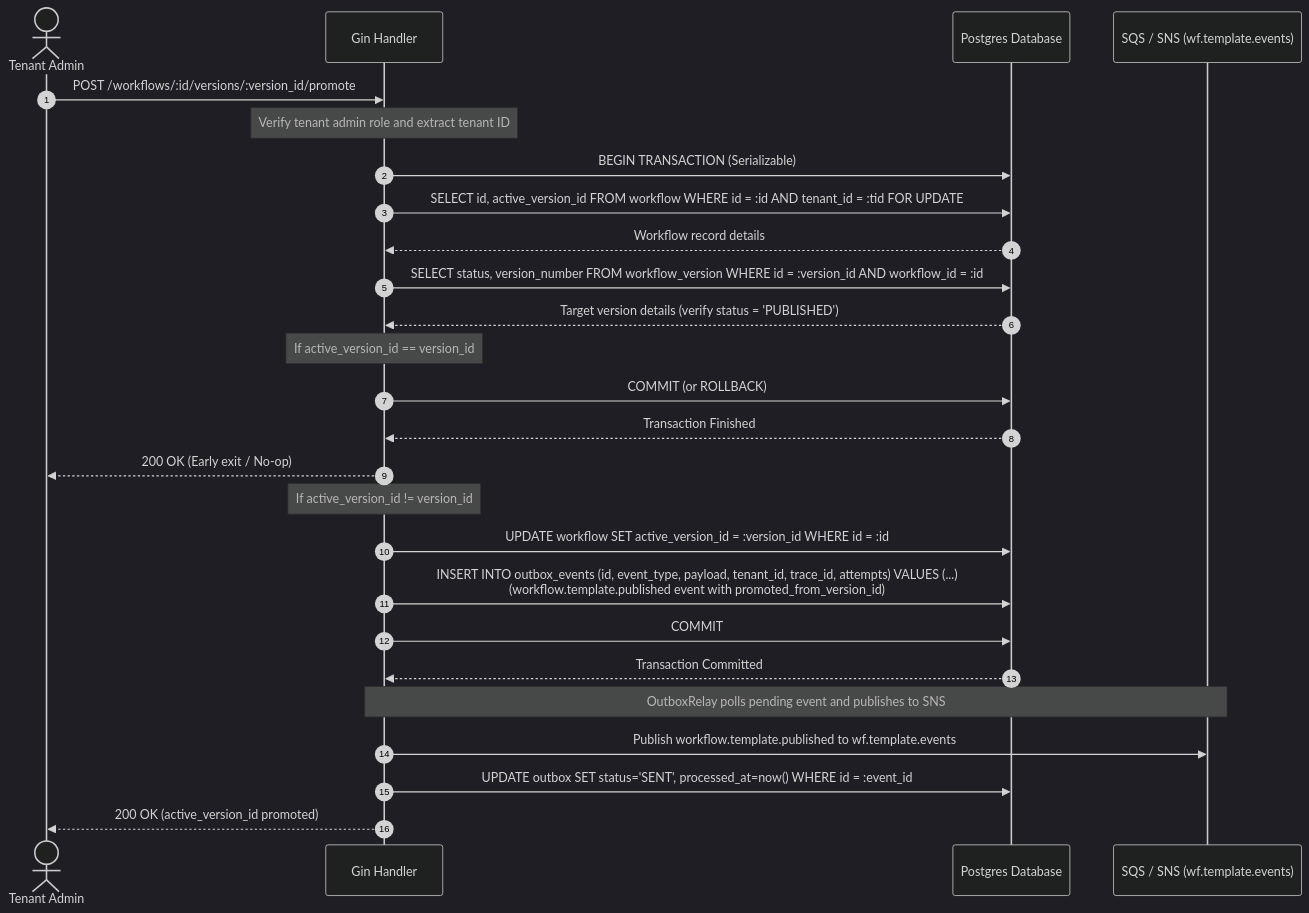
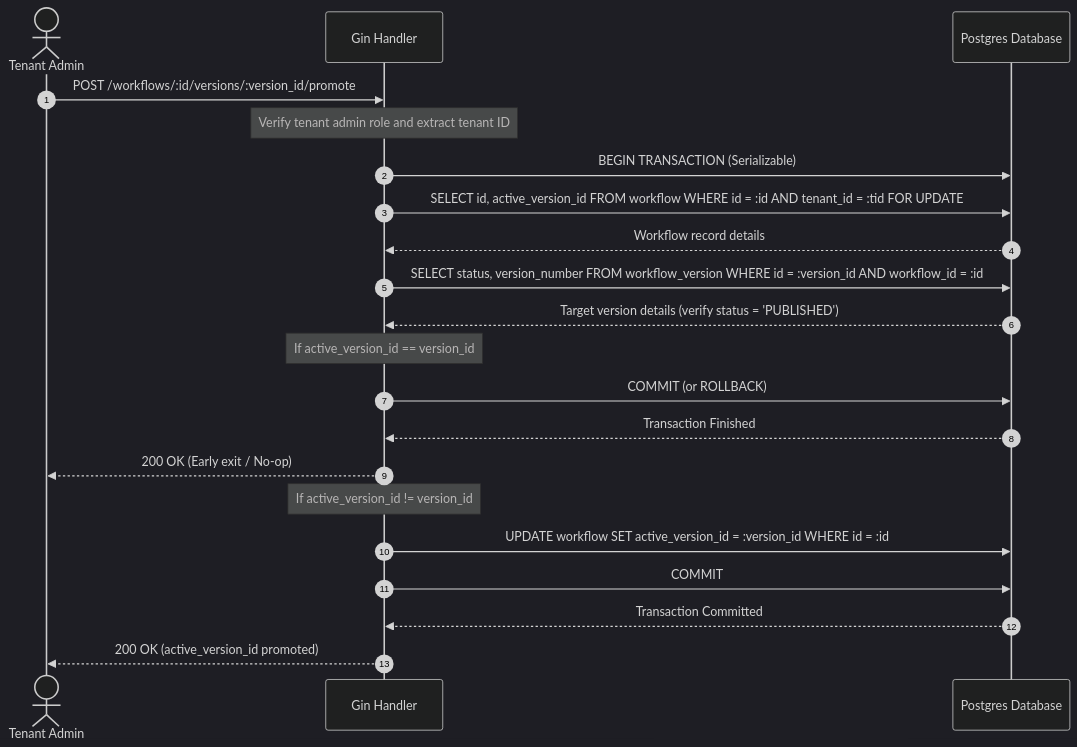
Diagram 15 of 16 in docs/lld/definition_service.md (BCBP-SOLUTIONS-FZC-LLC/workflow-definition-service), drawn with Mermaid (dark theme) before and after one commit. The commit also changed other lines of this file and 1 other file, not shown here.

First line of the commit message:
docs: sync LLD/OpenAPI to shipped code (observability, connector-aliases, module library) + casing fix

````diff
--- a/docs/lld/definition_service.md
+++ b/docs/lld/definition_service.md
@@ -3674,32 +3661,26 @@
 ```mermaid
 sequenceDiagram
     autonumber
     actor Admin as Tenant Admin
     participant API as Gin Handler
     participant DB as Postgres Database
-    participant SQS as SQS / SNS (wf.template.events)
 
     Admin->>API: POST /workflows/:id/versions/:version_id/promote
     Note over API: Verify tenant admin role and extract tenant ID
     API->>DB: BEGIN TRANSACTION (Serializable)
     API->>DB: SELECT id, active_version_id FROM workflow WHERE id = :id AND tenant_id = :tid FOR UPDATE
     DB-->>API: Workflow record details
     API->>DB: SELECT status, version_number FROM workflow_version WHERE id = :version_id AND workflow_id = :id
     DB-->>API: Target version details (verify status = 'PUBLISHED')
 
     Note over API: If active_version_id == version_id
     API->>DB: COMMIT (or ROLLBACK)
     DB-->>API: Transaction Finished
     API-->>Admin: 200 OK (Early exit / No-op)
     
     Note over API: If active_version_id != version_id
     API->>DB: UPDATE workflow SET active_version_id = :version_id WHERE id = :id
-    API->>DB: INSERT INTO outbox_events (id, event_type, payload, tenant_id, trace_id, attempts) VALUES (...) <br> (workflow.template.published event with promoted_from_version_id)
     API->>DB: COMMIT
     DB-->>API: Transaction Committed
-    
-    Note over API,SQS: OutboxRelay polls pending event and publishes to SNS
-    API->>SQS: Publish workflow.template.published to wf.template.events
-    API->>DB: UPDATE outbox SET status='SENT', processed_at=now() WHERE id = :event_id
     API-->>Admin: 200 OK (active_version_id promoted)
 ```
````
